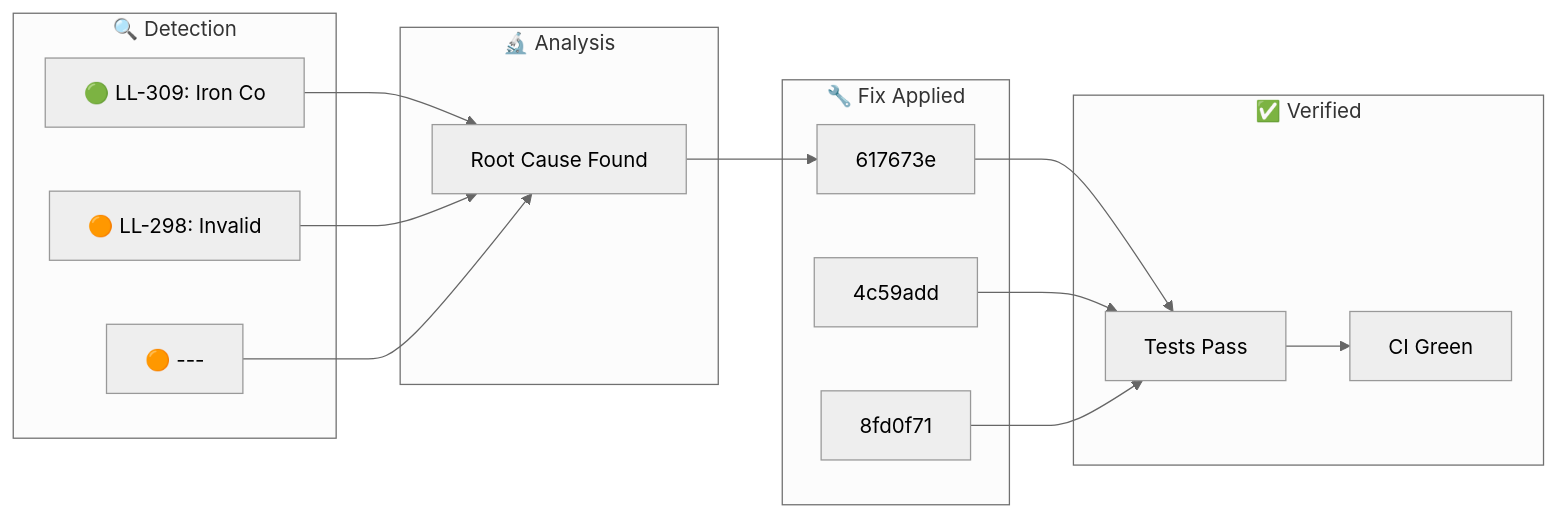
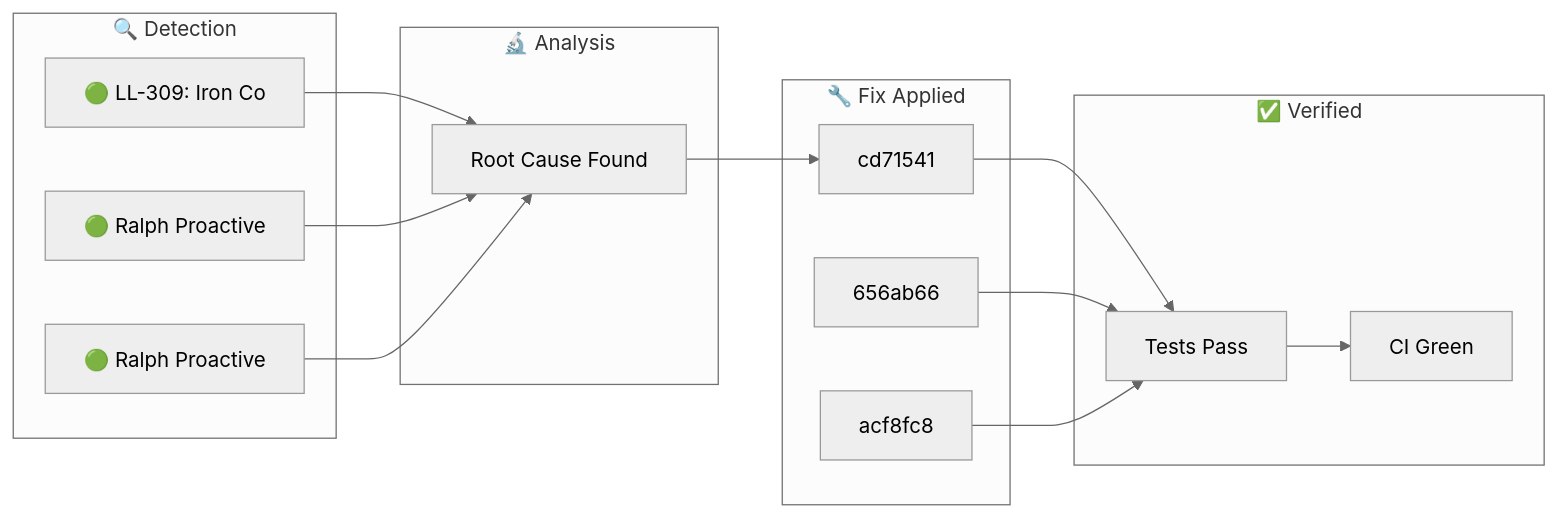
Before and after one commit to YoByron/trading: the diagram in docs/_posts/2026-01-27-ralph-discovery.md, drawn with Mermaid (neutral theme). The commit also changed other lines of this file, not shown here.

Commit message:
docs(ralph): Auto-publish discovery blog post

````diff
--- a/docs/_posts/2026-01-27-ralph-discovery.md
+++ b/docs/_posts/2026-01-27-ralph-discovery.md
@@ -17,28 +17,28 @@
 ```mermaid
 flowchart LR
     subgraph Detection["🔍 Detection"]
         D1["🟢 LL-309: Iron Co"]
-        D2["🟠 LL-298: Invalid"]
-        D3["🟠 ---"]
+        D2["🟢 Ralph Proactive"]
+        D3["🟢 Ralph Proactive"]
     end
     subgraph Analysis["🔬 Analysis"]
         A1["Root Cause Found"]
     end
     subgraph Fix["🔧 Fix Applied"]
-        F1["617673e"]
-        F2["4c59add"]
-        F3["8fd0f71"]
+        F1["cd71541"]
+        F2["656ab66"]
+        F3["acf8fc8"]
     end
     subgraph Verify["✅ Verified"]
         V1["Tests Pass"]
         V2["CI Green"]
     end
     D1 --> A1
     D2 --> A1
     D3 --> A1
     A1 --> F1
     F1 --> V1
     F2 --> V1
     F3 --> V1
     V1 --> V2
 ```
````
